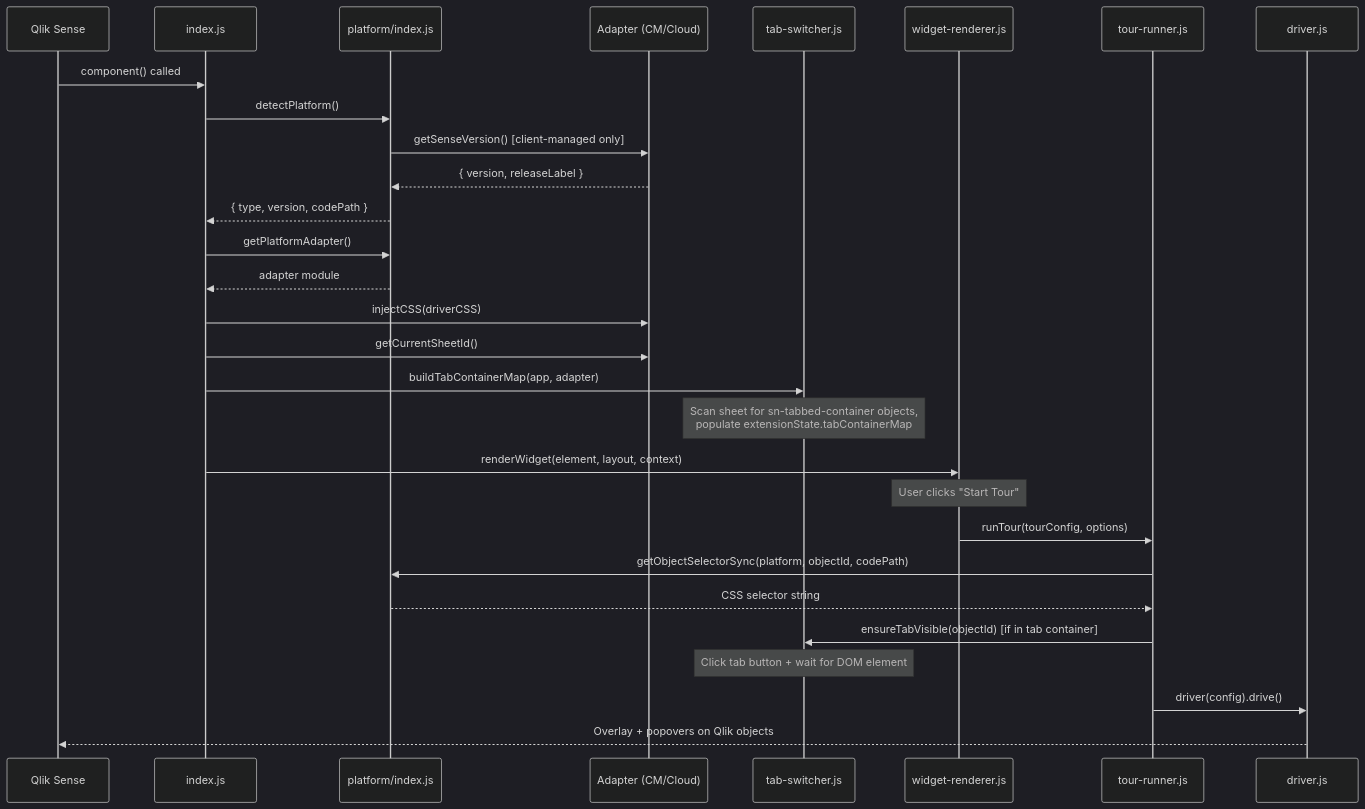
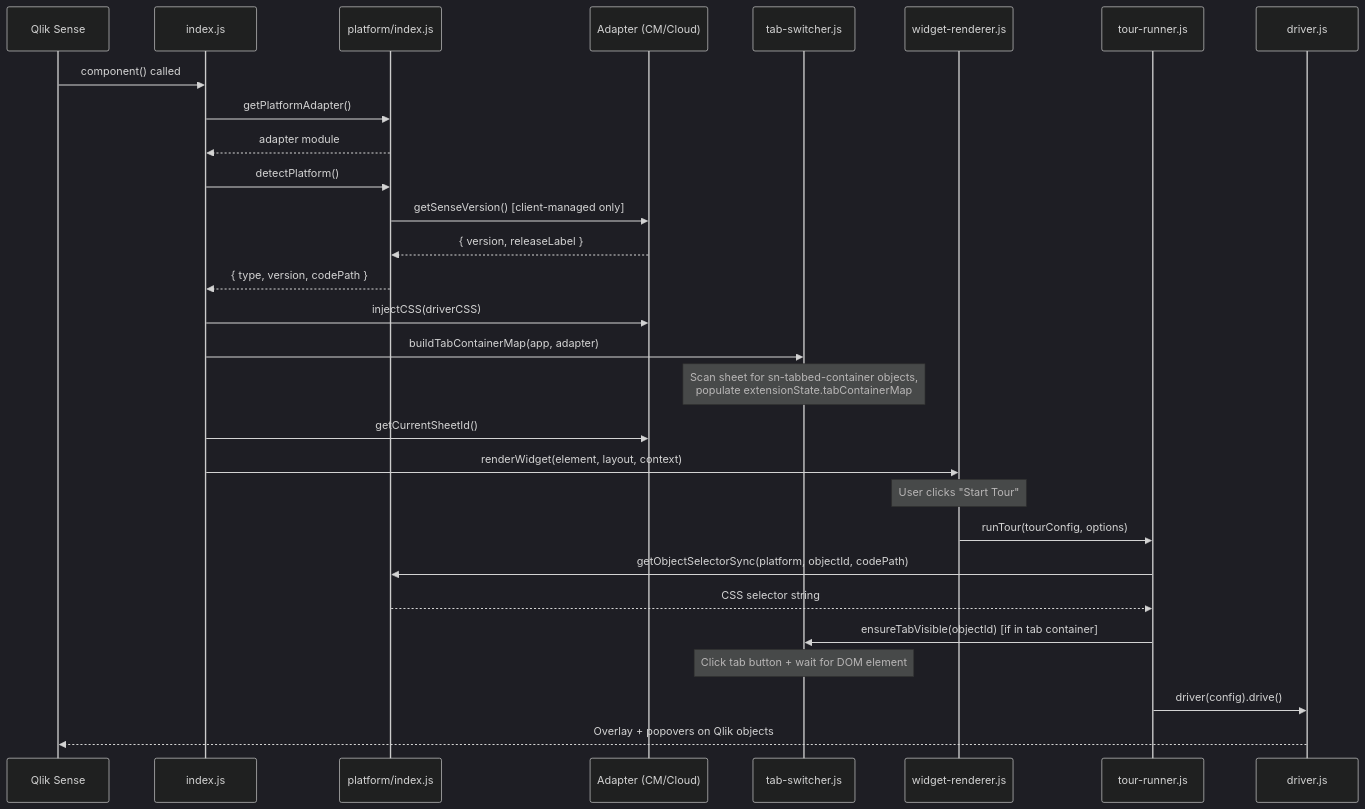
One commit to ptarmiganlabs/onboard.qs changed the second of 5 diagrams in docs/ARCHITECTURE.md. Above: the diagram before and after it, drawn with Mermaid (dark theme). The commit also changed other lines of this file, not shown here.

First line of the commit message:
docs(architecture): match the lifecycle, data flows and file tree to src/

````diff
--- a/docs/ARCHITECTURE.md
+++ b/docs/ARCHITECTURE.md
@@ -107,32 +107,32 @@
 ```mermaid
 sequenceDiagram
     participant QS as Qlik Sense
     participant EP as index.js
     participant PI as platform/index.js
     participant AD as Adapter (CM/Cloud)
     participant TB as tab-switcher.js
     participant WR as widget-renderer.js
     participant TR as tour-runner.js
     participant DJ as driver.js
 
     QS->>EP: component() called
+    EP->>PI: getPlatformAdapter()
+    PI-->>EP: adapter module
     EP->>PI: detectPlatform()
     PI->>AD: getSenseVersion() [client-managed only]
     AD-->>PI: { version, releaseLabel }
     PI-->>EP: { type, version, codePath }
-    EP->>PI: getPlatformAdapter()
-    PI-->>EP: adapter module
     EP->>AD: injectCSS(driverCSS)
-    EP->>AD: getCurrentSheetId()
     EP->>TB: buildTabContainerMap(app, adapter)
     Note over TB: Scan sheet for sn-tabbed-container objects,<br/>populate extensionState.tabContainerMap
+    EP->>AD: getCurrentSheetId()
     EP->>WR: renderWidget(element, layout, context)
     Note over WR: User clicks "Start Tour"
     WR->>TR: runTour(tourConfig, options)
     TR->>PI: getObjectSelectorSync(platform, objectId, codePath)
     PI-->>TR: CSS selector string
     TR->>TB: ensureTabVisible(objectId) [if in tab container]
     Note over TB: Click tab button + wait for DOM element
     TR->>DJ: driver(config).drive()
     DJ-->>QS: Overlay + popovers on Qlik objects
 ```
````
